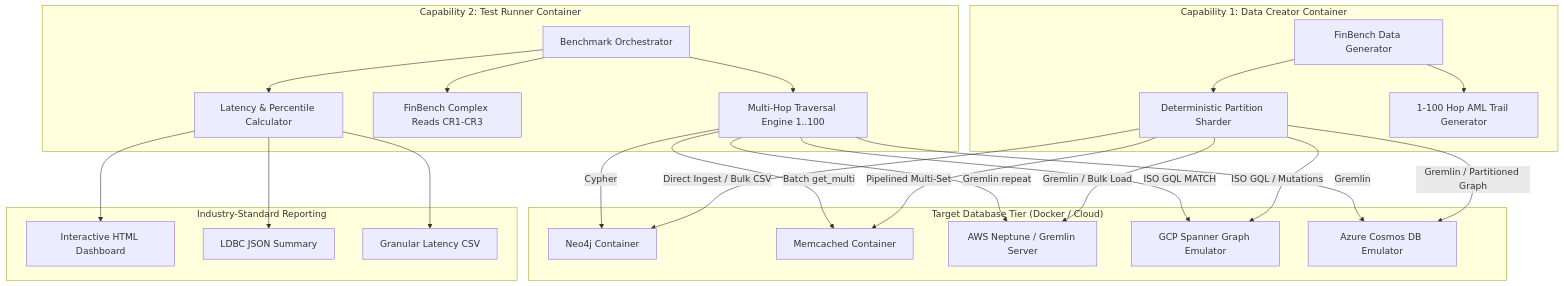
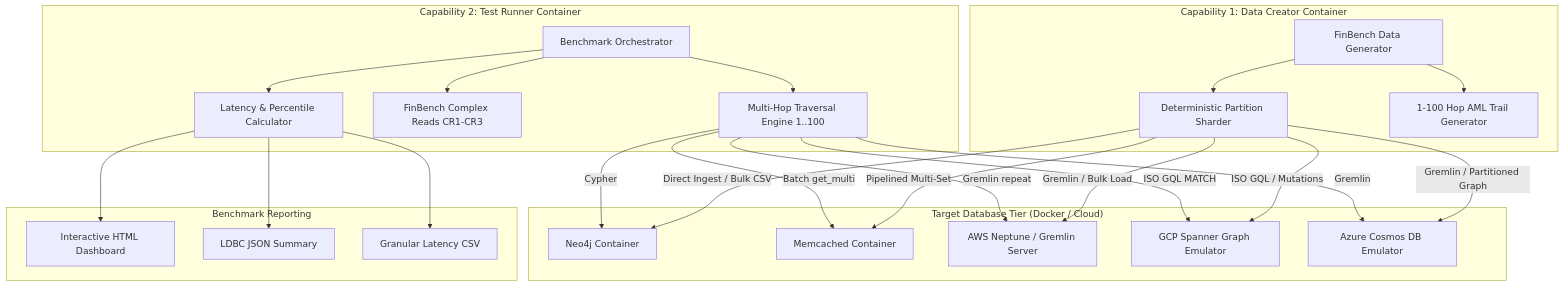
One commit to GSSwain/graph-db-benchmark changed the diagram in README.md. Above: the diagram before and after it, drawn with Mermaid. The commit also changed other lines of this file, not shown here.

````diff
--- a/README.md
+++ b/README.md
@@ -19,50 +21,50 @@
 ```mermaid
 graph TD
     subgraph "Target Database Tier (Docker / Cloud)"
         N4J[Neo4j Container]
         MC[Memcached Container]
         NEP[AWS Neptune / Gremlin Server]
         SPAN[GCP Spanner Graph Emulator]
         COS[Azure Cosmos DB Emulator]
     end
 
     subgraph "Capability 1: Data Creator Container"
         GEN[FinBench Data Generator]
         PRNG[Deterministic Partition Sharder]
         GT[1-100 Hop AML Trail Generator]
         GEN --> PRNG
         GEN --> GT
     end
 
     subgraph "Capability 2: Test Runner Container"
         RUN[Benchmark Orchestrator]
         MH[Multi-Hop Traversal Engine 1..100]
         CR[FinBench Complex Reads CR1-CR3]
         MET[Latency & Percentile Calculator]
         RUN --> MH
         RUN --> CR
         RUN --> MET
     end
 
-    subgraph "Industry-Standard Reporting"
+    subgraph "Benchmark Reporting"
         HTML[Interactive HTML Dashboard]
         JSON[LDBC JSON Summary]
         CSV[Granular Latency CSV]
     end
 
     PRNG -->|Direct Ingest / Bulk CSV| N4J
     PRNG -->|Pipelined Multi-Set| MC
     PRNG -->|Gremlin / Bulk Load| NEP
     PRNG -->|ISO GQL / Mutations| SPAN
     PRNG -->|Gremlin / Partitioned Graph| COS
 
     MH -->|Cypher| N4J
     MH -->|Batch get_multi| MC
     MH -->|Gremlin repeat| NEP
     MH -->|ISO GQL MATCH| SPAN
     MH -->|Gremlin| COS
 
     MET --> HTML
     MET --> JSON
     MET --> CSV
 ```
````
